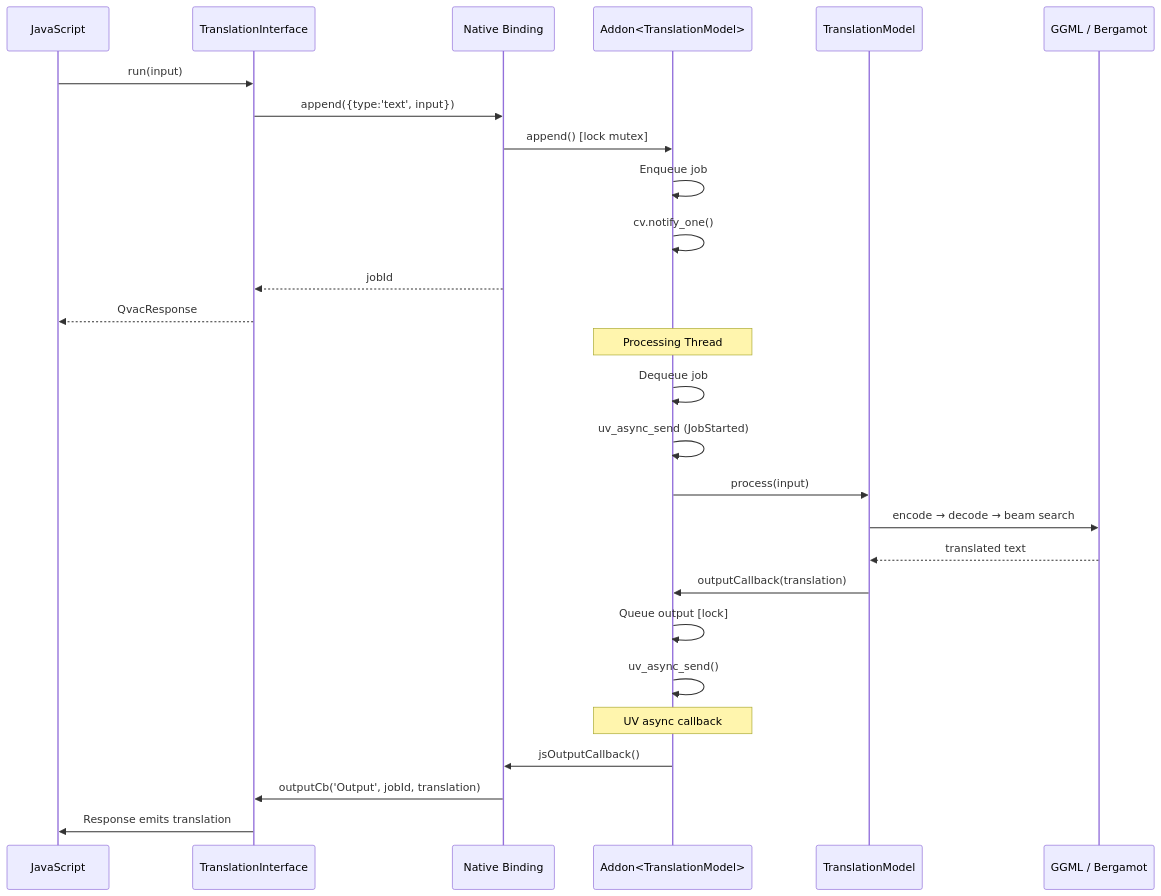
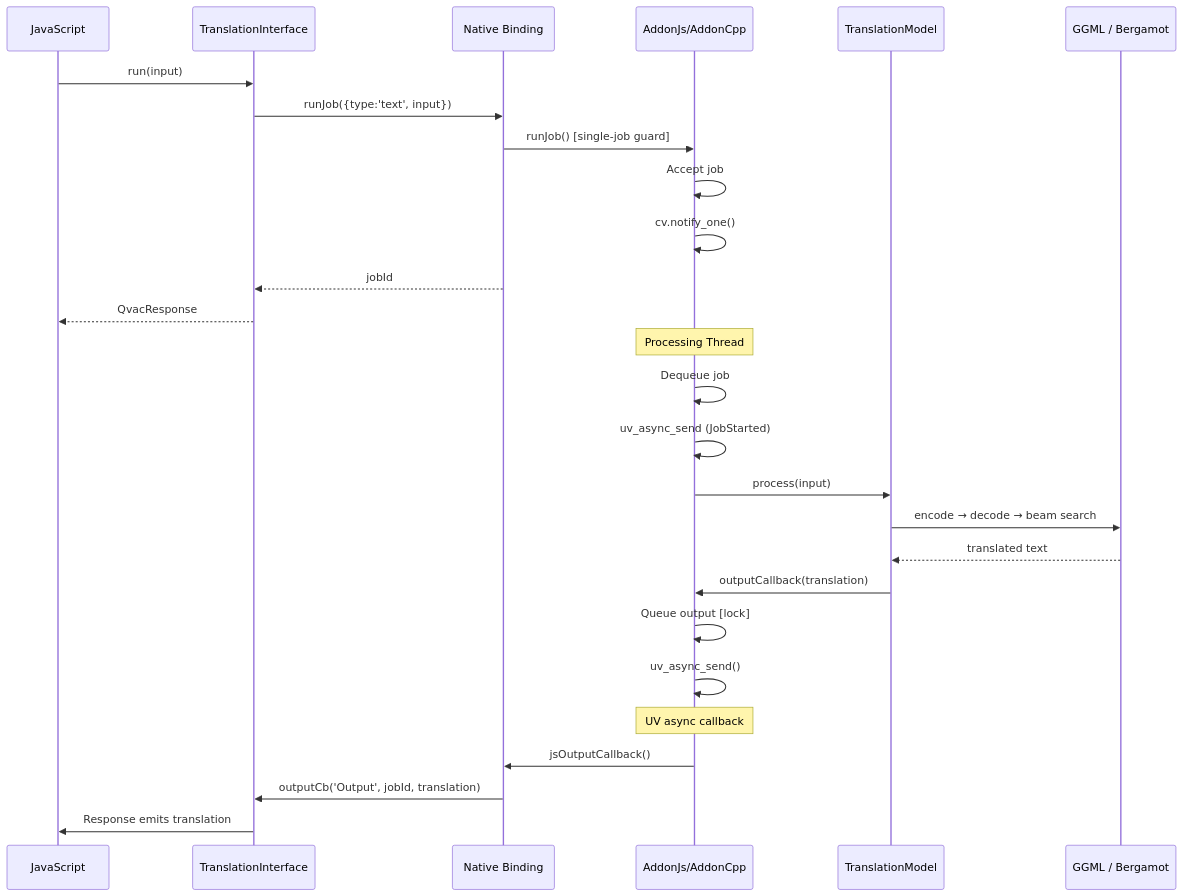
Before and after one commit to tetherto/qvac: the fourth of 4 diagrams in packages/translation-nmtcpp/docs/architecture.md, drawn with Mermaid. The commit also changed other lines of this file and 7 other files, not shown here.

First line of the commit message:
doc: refresh inference addon architecture docs

````diff
--- a/packages/translation-nmtcpp/docs/architecture.md
+++ b/packages/translation-nmtcpp/docs/architecture.md
@@ -441,33 +455,33 @@
 ```mermaid
 sequenceDiagram
     participant JS as JavaScript
     participant IF as TranslationInterface
     participant Bind as Native Binding
-    participant Addon as Addon<TranslationModel>
+    participant Addon as AddonJs/AddonCpp
     participant Model as TranslationModel
     participant Backend as GGML / Bergamot
 
     JS->>IF: run(input)
-    IF->>Bind: append({type:'text', input})
-    Bind->>Addon: append() [lock mutex]
-    Addon->>Addon: Enqueue job
+    IF->>Bind: runJob({type:'text', input})
+    Bind->>Addon: runJob() [single-job guard]
+    Addon->>Addon: Accept job
     Addon->>Addon: cv.notify_one()
     Bind-->>IF: jobId
     IF-->>JS: QvacResponse
 
     Note over Addon: Processing Thread
     Addon->>Addon: Dequeue job
     Addon->>Addon: uv_async_send (JobStarted)
 
     Addon->>Model: process(input)
     Model->>Backend: encode → decode → beam search
     Backend-->>Model: translated text
     Model->>Addon: outputCallback(translation)
     Addon->>Addon: Queue output [lock]
     Addon->>Addon: uv_async_send()
 
     Note over Addon: UV async callback
     Addon->>Bind: jsOutputCallback()
     Bind->>IF: outputCb('Output', jobId, translation)
     IF->>JS: Response emits translation
 ```
````
